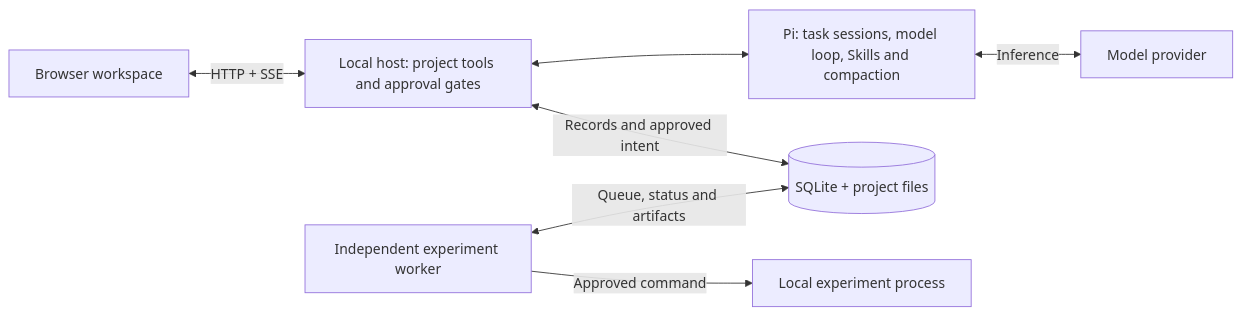
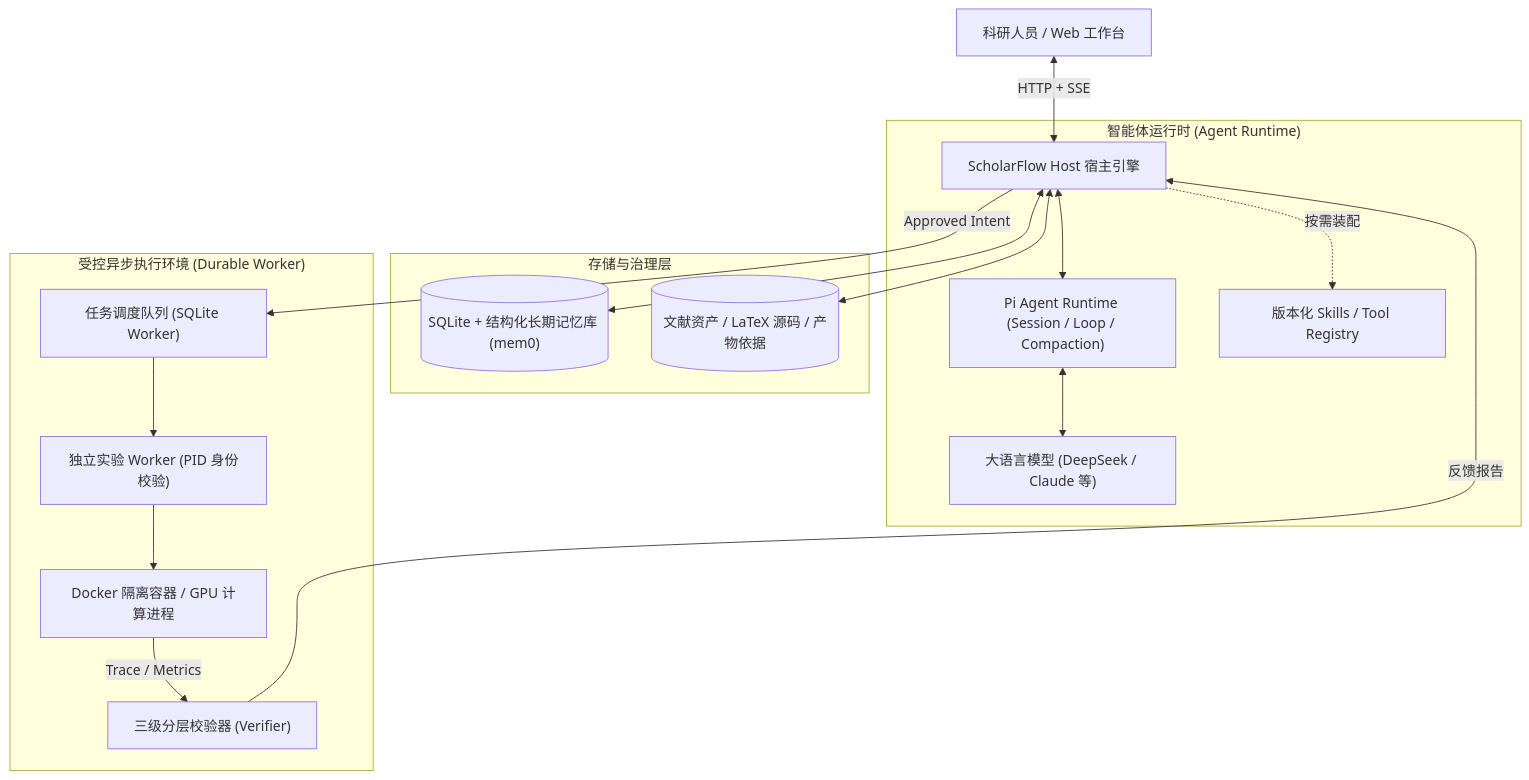
The diagram in README.md (qiqi-feeder/ScholarFlow), drawn with Mermaid before and after one commit. The commit also changed other lines of this file, not shown here.

Commit message:
docs: upgrade README with system-level Agent Harness architecture and core features

````diff
--- a/README.md
+++ b/README.md
@@ -82,9 +62,23 @@
 ```mermaid
-flowchart LR
-    Web["Browser workspace"] <-->|HTTP + SSE| Host["Local host: project tools and approval gates"]
-    Host <--> Pi["Pi: task sessions, model loop, Skills and compaction"]
-    Pi <-->|Inference| Model["Model provider"]
-    Host <-->|Records and approved intent| Data[("SQLite + project files")]
-    Worker["Independent experiment worker"] <-->|Queue, status and artifacts| Data
-    Worker -->|Approved command| Process["Local experiment process"]
+flowchart TD
+    User["科研人员 / Web 工作台"] <-->|HTTP + SSE| Host["ScholarFlow Host 宿主引擎"]
+    
+    subgraph Agent Core ["智能体运行时 (Agent Runtime)"]
+        Host <--> Pi["Pi Agent Runtime (Session / Loop / Compaction)"]
+        Pi <--> Model["大语言模型 (DeepSeek / Claude 等)"]
+        Host -.->|按需装配| Skills["版本化 Skills / Tool Registry"]
+    end
+
+    subgraph Storage ["存储与治理层"]
+        Host <--> Memory[("SQLite + 结构化长期记忆库 (mem0)")]
+        Host <--> ProjectData[("文献资产 / LaTeX 源码 / 产物依据")]
+    end
+
+    subgraph Execution ["受控异步执行环境 (Durable Worker)"]
+        Host -->|Approved Intent| Queue["任务调度队列 (SQLite Worker)"]
+        Queue --> Worker["独立实验 Worker (PID 身份校验)"]
+        Worker --> Sandbox["Docker 隔离容器 / GPU 计算进程"]
+        Sandbox -->|Trace / Metrics| Verifier["三级分层校验器 (Verifier)"]
+        Verifier -->|反馈报告| Host
+    end
 ```
````
